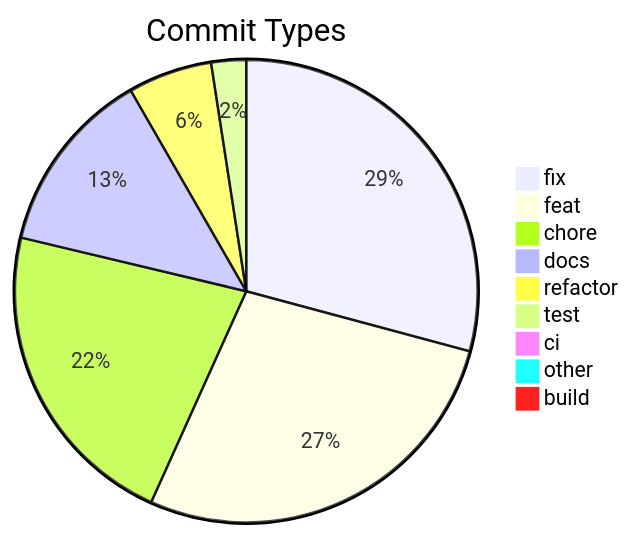
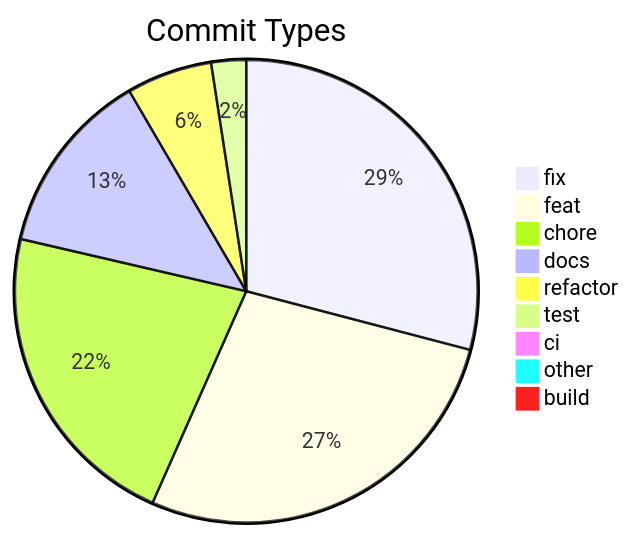
One commit to svenroth-ai/shipwright changed the diagram in .shipwright/compliance/change-history.md. Above: the diagram before and after it, drawn with Mermaid. The commit also changed other lines of this file and 29 other files, not shown here.

````diff
--- a/.shipwright/compliance/change-history.md
+++ b/.shipwright/compliance/change-history.md
@@ -8,12 +8,12 @@
 ```mermaid
 pie title Commit Types
-    "fix" : 288
+    "fix" : 287
     "feat" : 272
     "chore" : 217
     "docs" : 128
-    "refactor" : 58
+    "refactor" : 59
     "test" : 24
     "ci" : 7
     "other" : 7
     "build" : 1
 ```
````
